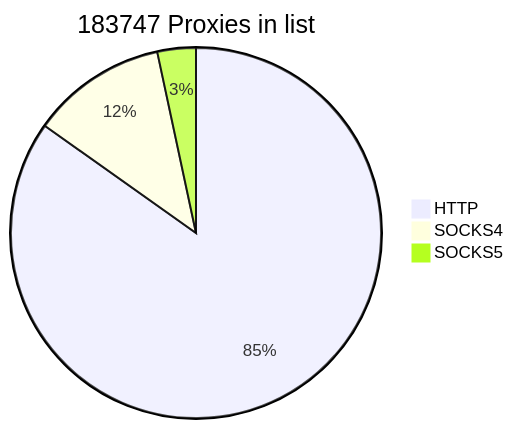
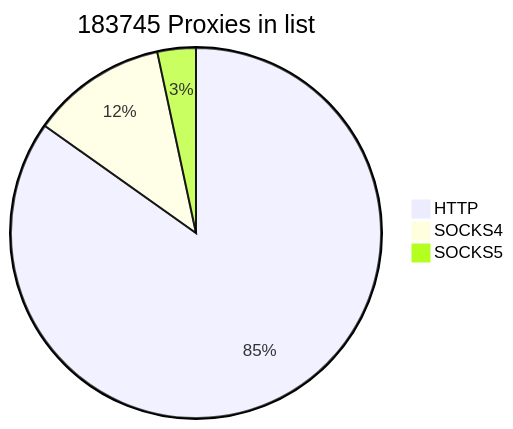
One commit to cutipu/proxylist changed the first of 2 diagrams in README.md. Above: the diagram before and after it, drawn with Mermaid. The commit also changed other lines of this file, not shown here.

````diff
--- a/README.md
+++ b/README.md
@@ -2,7 +2,7 @@
 ```mermaid
-pie title 183747 Proxies in list
-    "HTTP" : 155851
-    "SOCKS4" : 21727
-    "SOCKS5" : 6169
+pie title 183745 Proxies in list
+    "HTTP" : 155853
+    "SOCKS4" : 21724
+    "SOCKS5" : 6168
             
 ```
````
